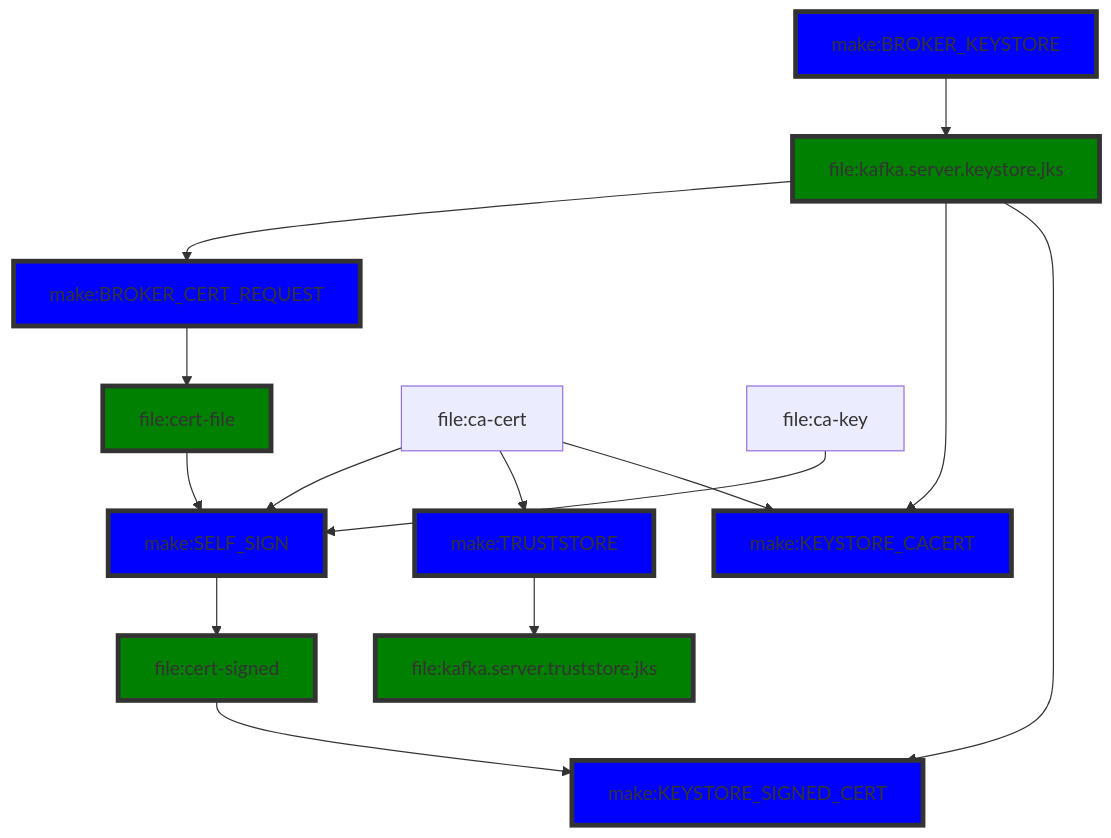
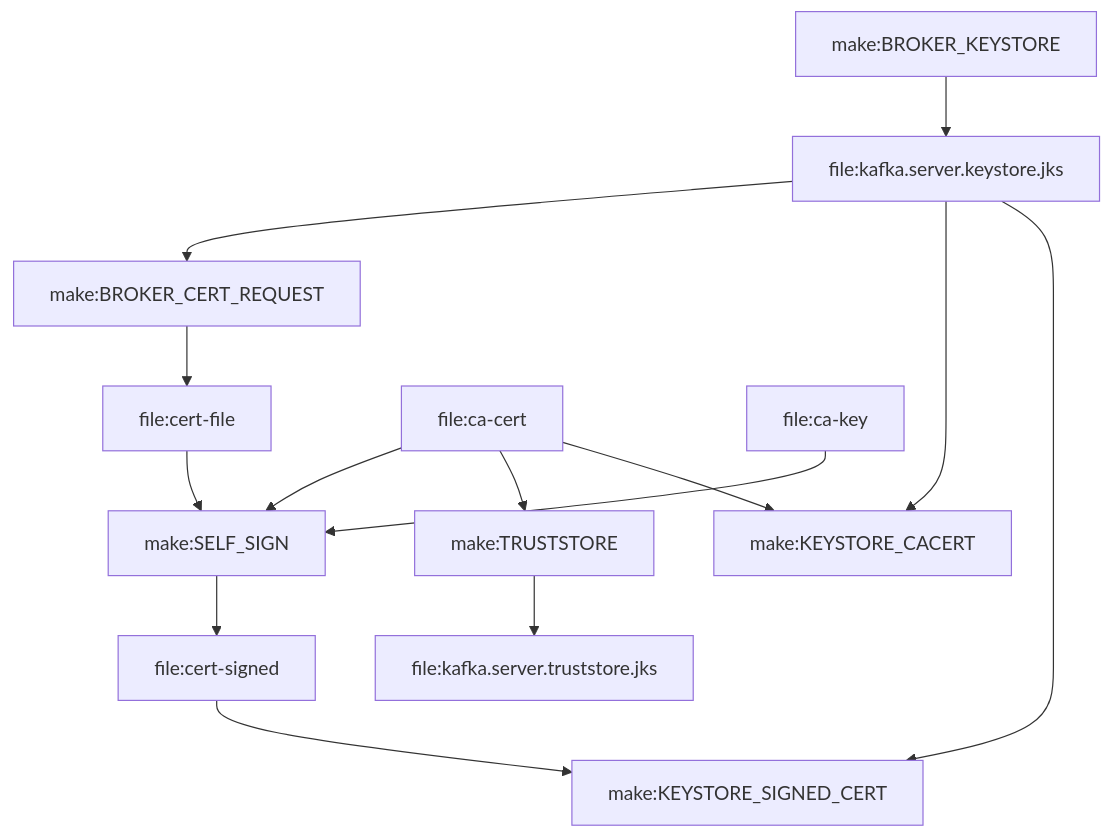
Before and after one commit to decodableco/examples: the second of 4 diagrams in mtls/README.md, drawn with Mermaid. The commit also changed other lines of this file, not shown here.

````diff
--- a/mtls/README.md
+++ b/mtls/README.md
@@ -23,23 +21,22 @@
 ```mermaid
 flowchart TD;
-classDef make fill:blue,stroke:#333,stroke-width:4px
-classDef file fill:green,stroke:#333,stroke-width:4px
+
 
     make:BROKER_KEYSTORE:::make-->jks[file:kafka.server.keystore.jks]:::file-->
     make:BROKER_CERT_REQUEST:::make-->file:cert-file:::file
 
     file:ca-cert-->make:SELF_SIGN:::make
     file:ca-key-->make:SELF_SIGN
     file:cert-file-->make:SELF_SIGN
 
     make:SELF_SIGN-->file:cert-signed:::file
 
 
     file:ca-cert-->make:TRUSTSTORE:::make-->file:kafka.server.truststore.jks:::file
 
     jks-->make:KEYSTORE_CACERT:::make
     file:ca-cert-->make:KEYSTORE_CACERT
 
     file:cert-signed-->make:KEYSTORE_SIGNED_CERT
     jks-->make:KEYSTORE_SIGNED_CERT:::make
 ```
````
